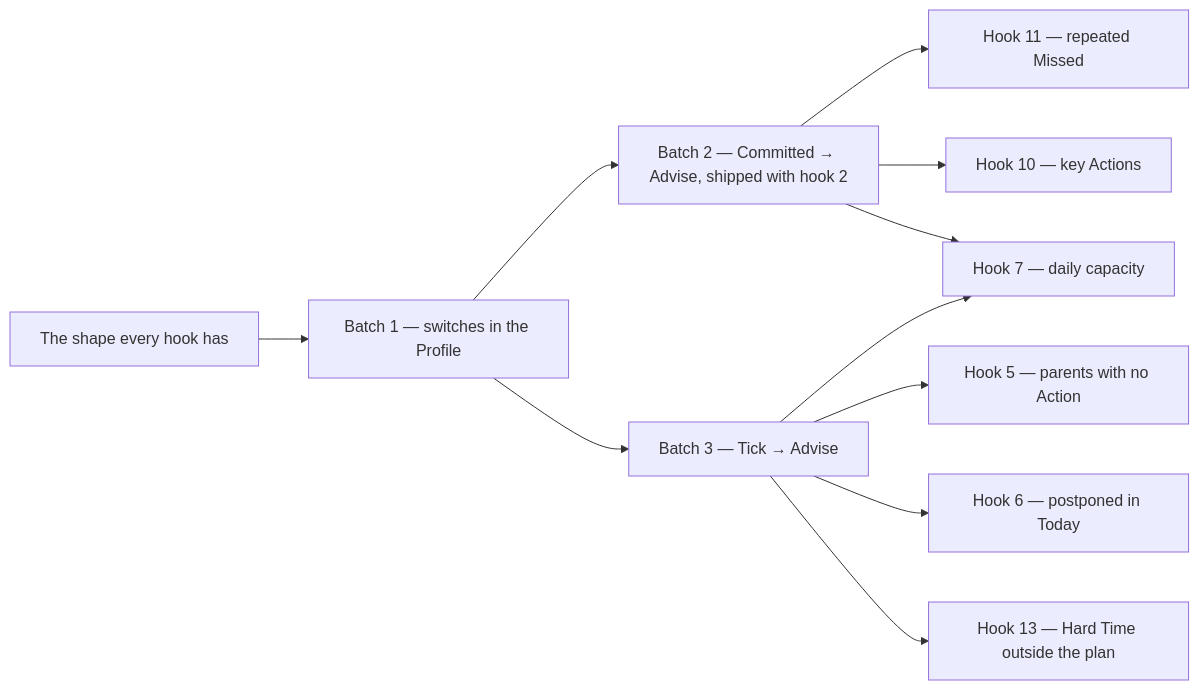
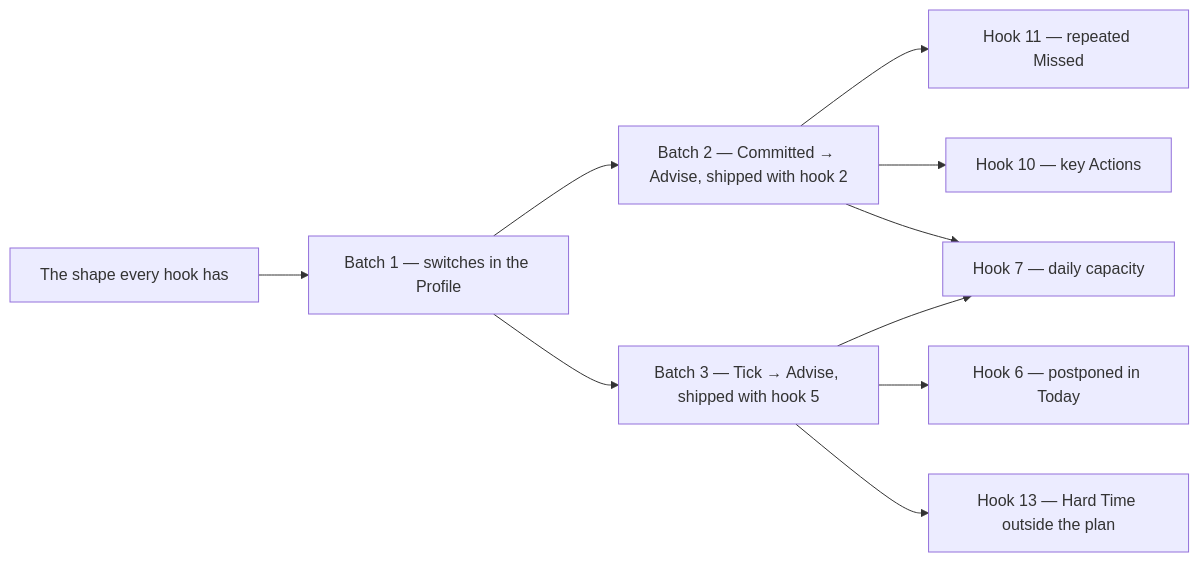
One commit to myvaheed/tg-ai-safwa changed the diagram in docs/PLAN_FEATURES.md. Above: the diagram before and after it, drawn with Mermaid. The commit also changed other lines of this file and 26 other files, not shown here.

````diff
--- a/docs/PLAN_FEATURES.md
+++ b/docs/PLAN_FEATURES.md
@@ -180,16 +185,14 @@
 ```mermaid
 flowchart LR
-  h5["Hook 5 — parents with no Action"]
   h7["Hook 7 — daily capacity"]
   h10["Hook 10 — key Actions"]
   shape["The shape every hook has"] --> profile["Batch 1 — switches in the Profile"]
   profile --> committed["Batch 2 — Committed → Advise, shipped with hook 2"]
-  profile --> tick["Batch 3 — Tick → Advise"]
+  profile --> tick["Batch 3 — Tick → Advise, shipped with hook 5"]
   committed --> h11["Hook 11 — repeated Missed"]
   committed --> h10
   committed --> h7
-  tick --> h5
   tick --> h6["Hook 6 — postponed in Today"]
   tick --> h7
   tick --> h13["Hook 13 — Hard Time outside the plan"]
 ```
````
